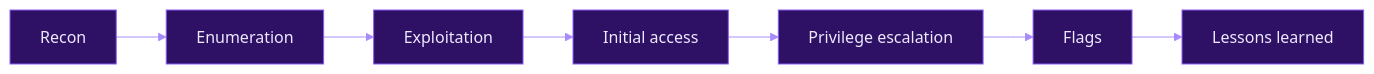
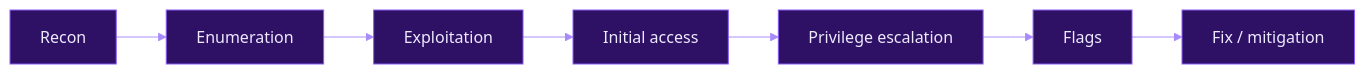
The diagram in README.md (phanesopenyoureyes/hacking-journey), drawn with Mermaid before and after one commit. The commit also changed other lines of this file, not shown here.

````diff
--- a/README.md
+++ b/README.md
@@ -32,10 +63,10 @@
 ```mermaid
 %%{init: {'theme':'base','themeVariables':{'primaryColor':'#2e1065','primaryTextColor':'#ede9fe','primaryBorderColor':'#8b5cf6','lineColor':'#a78bfa','secondaryColor':'#1a1033','tertiaryColor':'#0d0b1a','fontFamily':'ui-sans-serif,system-ui'}}}%%
 flowchart LR
     A[Recon] --> B[Enumeration]
     B --> C[Exploitation]
     C --> D[Initial access]
     D --> E[Privilege escalation]
     E --> F[Flags]
-    F --> G[Lessons learned]
+    F --> G[Fix / mitigation]
 ```
````
